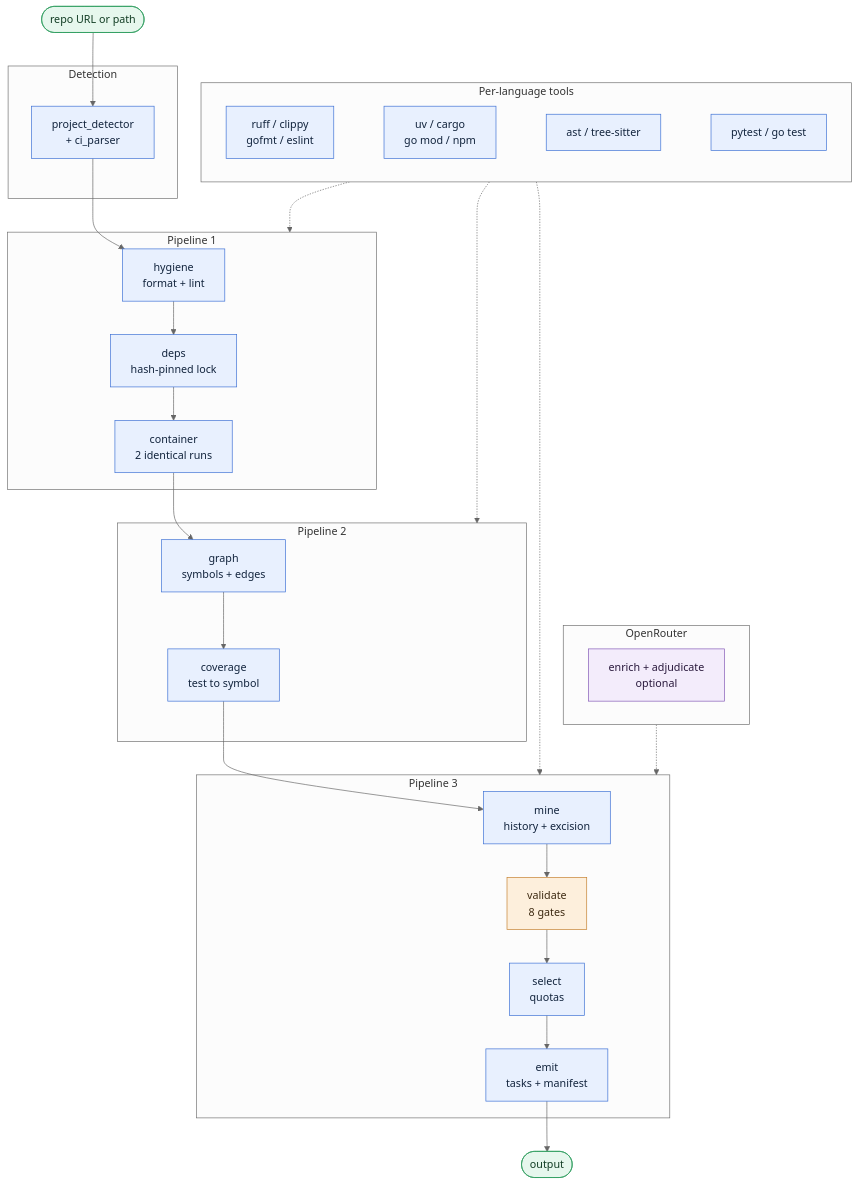
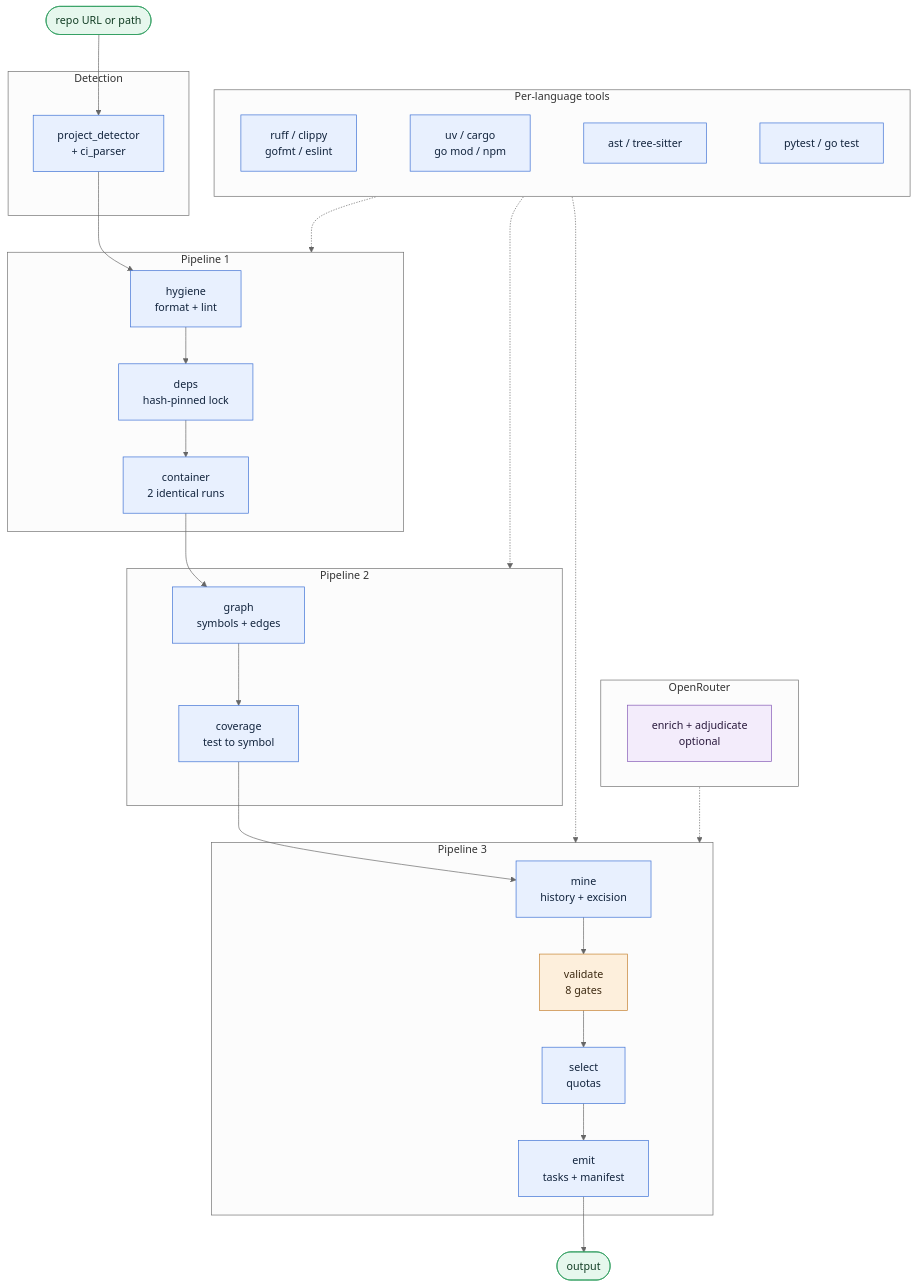
One commit to AdityaKaleeswarGK/LH2_take_home_assignment changed the diagram in README.md. Above: the diagram before and after it, drawn with Mermaid (neutral theme). The commit also changed 1 other file, not shown here.

Commit message:
docs: rewrite REPORT in plain language and trim the gaps list
Reviewers will not know this codebase's variable and function names, so the
report no longer uses them. Internal identifiers, config keys and linter rule
codes are replaced with descriptions of what they do — for example, the 94 lint
complaints are explained as unused-import warnings on a package entry file
whose whole job is re-exporting, rather than as rule codes.

Also removed the bold sentence fragments that opened most paragraphs, merged
the two parsing decisions into one, and dropped the caching note.

Candidate selection now leads with why it is filtered at all: reading a
thousand commits with a model costs more than it is worth and biases toward
whatever it saw last, so cheap measurable filters run first and the expensive
container work only touches what survives.

Honest gaps now covers the three that stand: uneven language support, no
net-new task category, and shallow automated lint repair.

Diagram: labels forced to SVG text with explicit padding, since the previous
render clipped the last few characters of every label.

````diff
--- a/README.md
+++ b/README.md
@@ -25,61 +25,62 @@
 ```mermaid
+%%{init: {"flowchart": {"htmlLabels": false, "padding": 18, "nodeSpacing": 55, "rankSpacing": 55}} }%%
 flowchart TD
     SRC([repo URL or path]) --> DET
 
     subgraph detect["Detection"]
         DET[project_detector<br/>+ ci_parser]
     end
 
     subgraph env["Pipeline 1"]
         HYG[hygiene<br/>format + lint]
         DEP[deps<br/>hash-pinned lock]
         CON[container<br/>2 identical runs]
         HYG --> DEP --> CON
     end
 
     subgraph know["Pipeline 2"]
         GRA[graph<br/>symbols + edges]
         COV[coverage<br/>test to symbol]
         GRA --> COV
     end
 
     subgraph gen["Pipeline 3"]
         MIN[mine<br/>history + excision]
         VAL[validate<br/>8 gates]
         SEL[select<br/>quotas]
         EMI[emit<br/>tasks + manifest]
         MIN --> VAL --> SEL --> EMI
     end
 
     subgraph tools["Per-language tools"]
         T1[ruff / clippy<br/>gofmt / eslint]
         T2[uv / cargo<br/>go mod / npm]
         T3[ast / tree-sitter]
         T4[pytest / go test]
         T1 ~~~ T2 ~~~ T3 ~~~ T4
     end
 
     subgraph llm["OpenRouter"]
         LLM[enrich + adjudicate<br/>optional]
     end
 
     DET --> HYG
     CON --> GRA
     COV --> MIN
     EMI --> OUT([output])
 
     tools -.-> env
     tools -.-> know
     tools -.-> gen
     llm -.-> gen
 
     classDef stage fill:#e8f0fe,stroke:#3b6fd4,color:#12243d
     classDef gate fill:#fdefdc,stroke:#c47f2d,color:#3d2a12
     classDef model fill:#f3ecfb,stroke:#8257b5,color:#2a1a3d
     classDef io fill:#e6f7ed,stroke:#2f9e5f,color:#123d24
 
     class DET,HYG,DEP,CON,GRA,COV,MIN,SEL,EMI,T1,T2,T3,T4 stage
     class VAL gate
     class LLM model
     class SRC,OUT io
 ```
````
